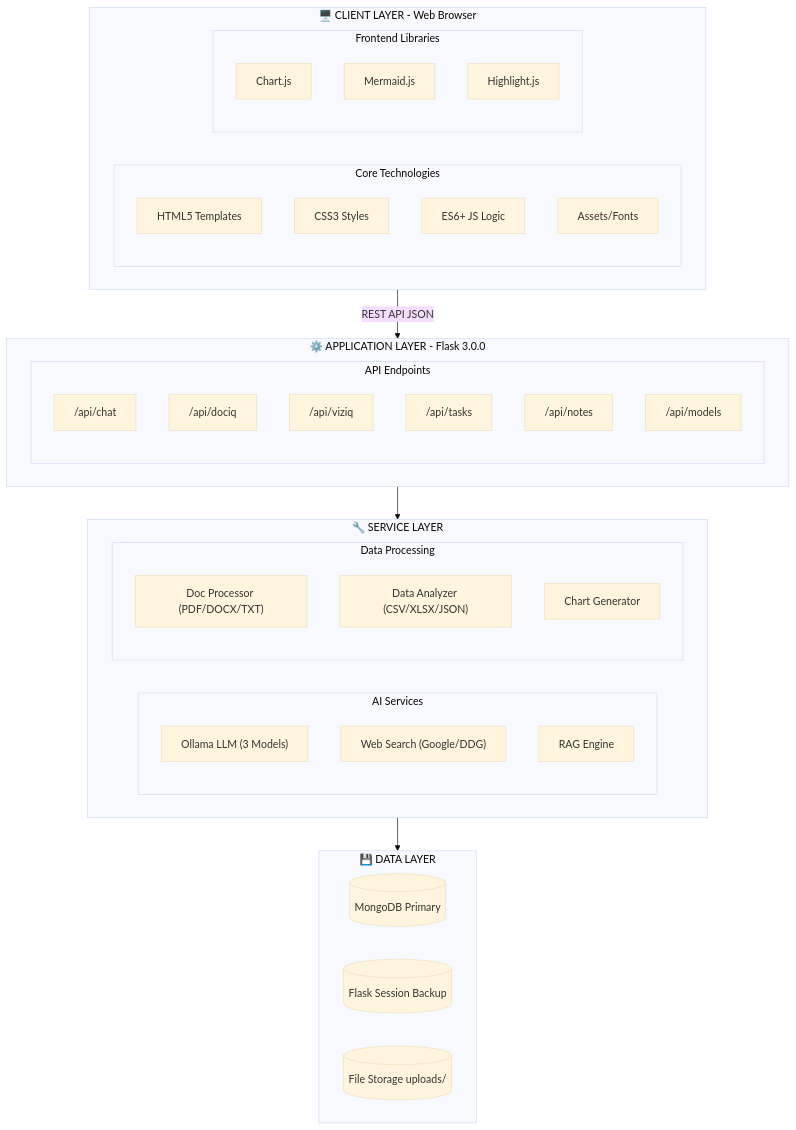
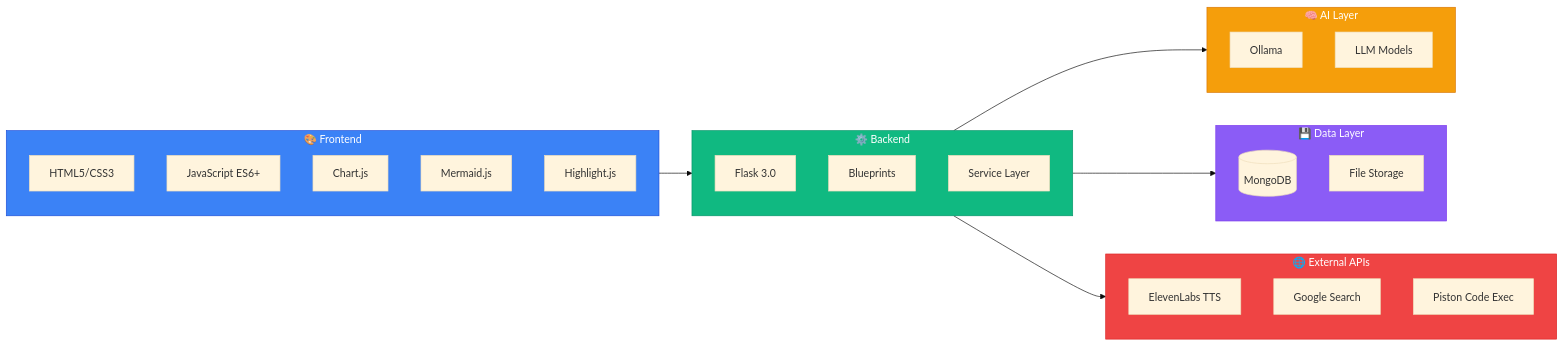
One commit to TR0J49/Axio-AI- changed the sixth of 8 diagrams in README.md. Above: the diagram before and after it, drawn with Mermaid (base theme). The commit also changed other lines of this file and 34 other files, not shown here.

First line of the commit message:
Refactor to modular Flask architecture - Laplacian AI v1.0

````diff
--- a/README.md
+++ b/README.md
@@ -507,50 +411,43 @@
 ```mermaid
-flowchart TB
-    subgraph Client["🖥️ CLIENT LAYER - Web Browser"]
-        direction LR
-        subgraph Core["Core Technologies"]
-            H[HTML5 Templates]
-            C[CSS3 Styles]
-            J[ES6+ JS Logic]
-            A[Assets/Fonts]
-        end
-        subgraph Libraries["Frontend Libraries"]
-            CH[Chart.js]
-            ME[Mermaid.js]
-            HL[Highlight.js]
-        end
+flowchart LR
+    subgraph FRONTEND["🎨 Frontend"]
+        HTML["HTML5/CSS3"]
+        JS["JavaScript ES6+"]
+        CHART["Chart.js"]
+        MERMAID["Mermaid.js"]
+        HLJS["Highlight.js"]
     end
-    subgraph Application["⚙️ APPLICATION LAYER - Flask 3.0.0"]
-        direction LR
-        subgraph APIs["API Endpoints"]
-            CA["/api/chat"]
-            DA["/api/dociq"]
-            VA["/api/viziq"]
-            TA["/api/tasks"]
-            NA["/api/notes"]
-            MA["/api/models"]
-        end
+
+    subgraph BACKEND["⚙️ Backend"]
+        FLASK["Flask 3.0"]
+        ROUTES["Blueprints"]
+        SERVICES["Service Layer"]
     end
-    subgraph Service["🔧 SERVICE LAYER"]
-        direction LR
-        subgraph AI["AI Services"]
-            OL["Ollama LLM (3 Models)"]
-            WS["Web Search (Google/DDG)"]
-            RAG["RAG Engine"]
-        end
-        subgraph Processing["Data Processing"]
-            DP["Doc Processor (PDF/DOCX/TXT)"]
-            DAN["Data Analyzer (CSV/XLSX/JSON)"]
-            CG["Chart Generator"]
-        end
+
+    subgraph AI["🧠 AI Layer"]
+        OLLAMA["Ollama"]
+        MODELS["LLM Models"]
     end
-    subgraph Data["💾 DATA LAYER"]
-        direction LR
-        MO[(MongoDB Primary)]
-        FS[(Flask Session Backup)]
-        UP[(File Storage uploads/)]
+
+    subgraph DATA["💾 Data Layer"]
+        MONGO[("MongoDB")]
+        FILES["File Storage"]
     end
-    Client -->|REST API JSON| Application
-    Application --> Service
-    Service --> Data
+
+    subgraph EXTERNAL["🌐 External APIs"]
+        ELEVEN["ElevenLabs TTS"]
+        GOOGLE["Google Search"]
+        PISTON["Piston Code Exec"]
+    end
+
+    FRONTEND --> BACKEND
+    BACKEND --> AI
+    BACKEND --> DATA
+    BACKEND --> EXTERNAL
+
+    style FRONTEND fill:#3b82f6,stroke:#1d4ed8,color:#fff
+    style BACKEND fill:#10b981,stroke:#059669,color:#fff
+    style AI fill:#f59e0b,stroke:#d97706,color:#fff
+    style DATA fill:#8b5cf6,stroke:#7c3aed,color:#fff
+    style EXTERNAL fill:#ef4444,stroke:#dc2626,color:#fff
 ```
````
